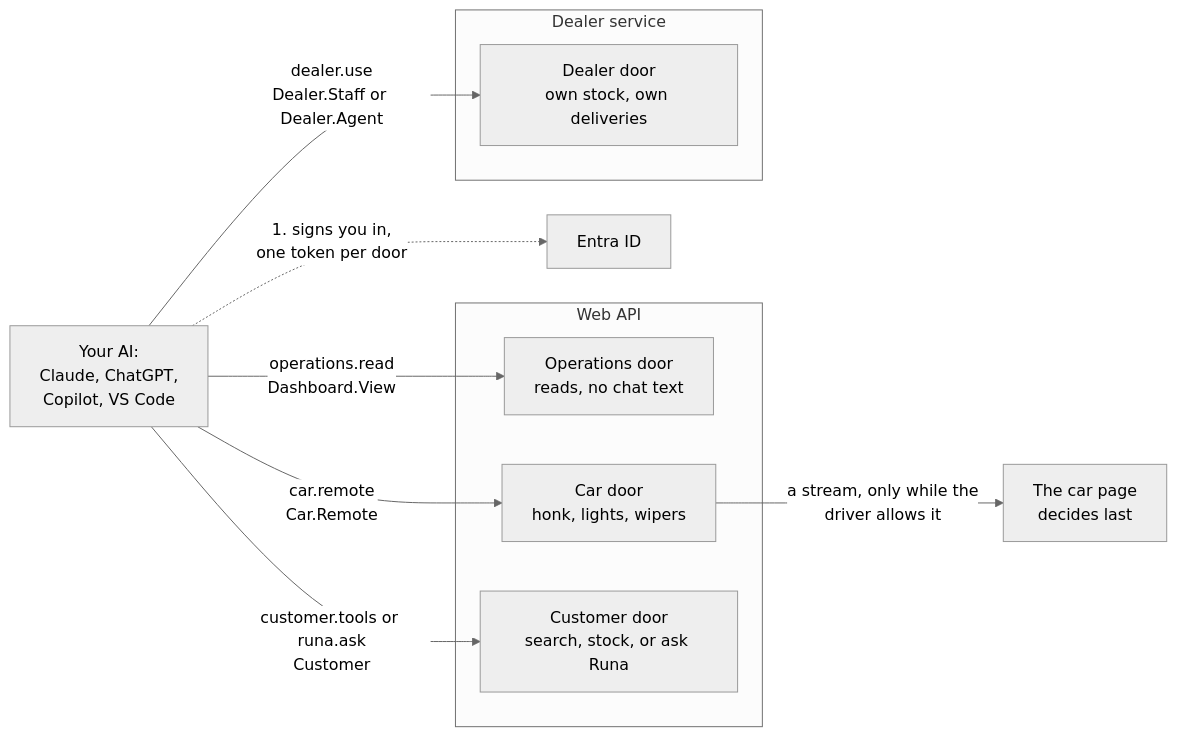
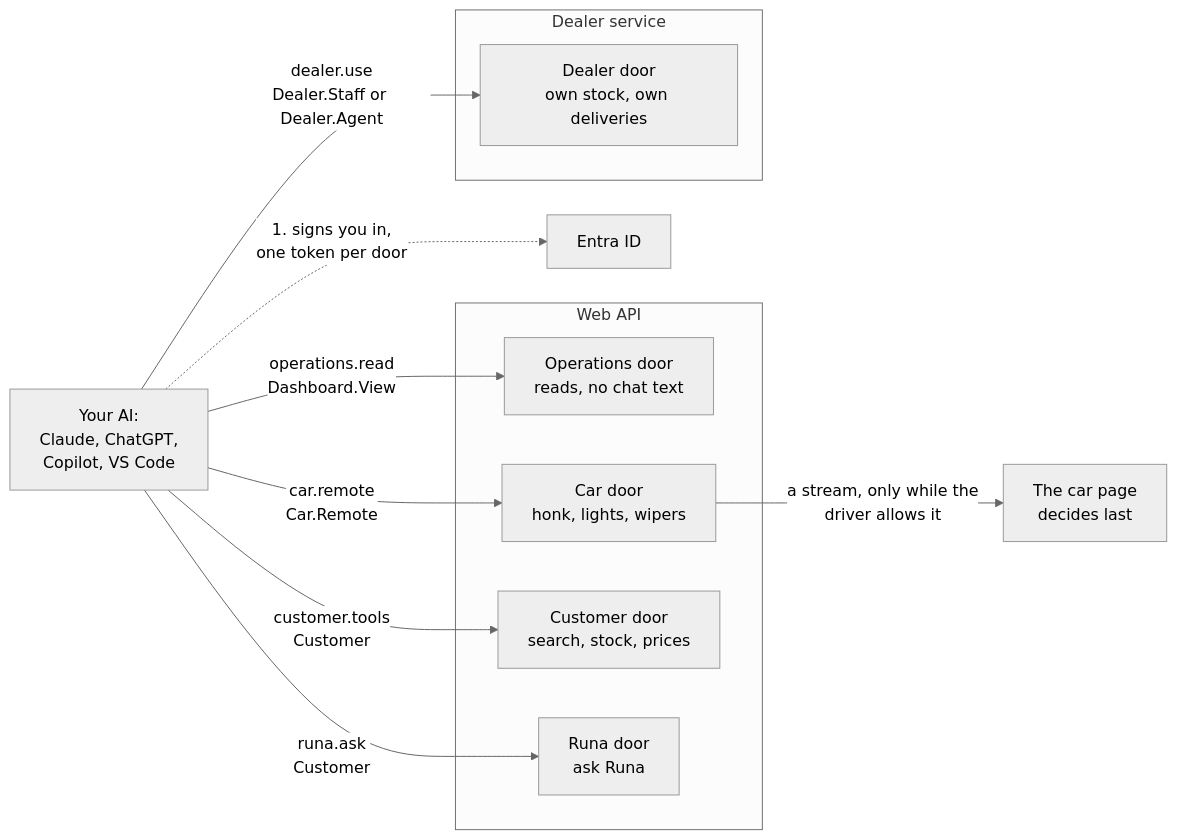
Before and after one commit to mklab-se/voltrieve: the diagram in docs/bring-your-own-ai.md, drawn with Mermaid (neutral theme). The commit also changed other lines of this file and 60 other files, not shown here.

Commit message:
Fix what the review of the doors found, and give ask_runa a door of its own

````diff
--- a/docs/bring-your-own-ai.md
+++ b/docs/bring-your-own-ai.md
@@ -7,19 +7,21 @@
 ```mermaid
 flowchart LR
     AI["Your AI:<br/>Claude, ChatGPT,<br/>Copilot, VS Code"]
     Entra["Entra ID"]
     AI -. "1. signs you in,<br/>one token per door" .-> Entra
     AI -->|"operations.read<br/>Dashboard.View"| Ops["Operations door<br/>reads, no chat text"]
     AI -->|"car.remote<br/>Car.Remote"| Car["Car door<br/>honk, lights, wipers"]
-    AI -->|"customer.tools or runa.ask<br/>Customer"| Cust["Customer door<br/>search, stock, or ask Runa"]
+    AI -->|"customer.tools<br/>Customer"| Cust["Customer door<br/>search, stock, prices"]
+    AI -->|"runa.ask<br/>Customer"| Runa["Runa door<br/>ask Runa"]
     AI -->|"dealer.use<br/>Dealer.Staff or Dealer.Agent"| Deal["Dealer door<br/>own stock, own deliveries"]
     subgraph API["Web API"]
       Ops
       Car
       Cust
+      Runa
     end
     subgraph Dealer["Dealer service"]
       Deal
     end
     Car -->|"a stream, only while the<br/>driver allows it"| Page["The car page<br/>decides last"]
 ```
````
